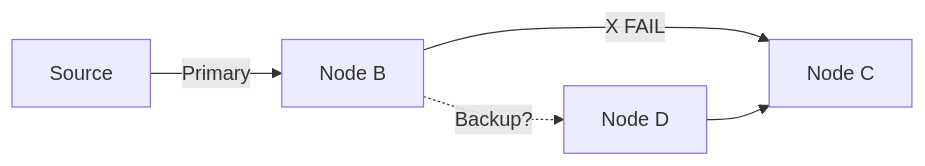
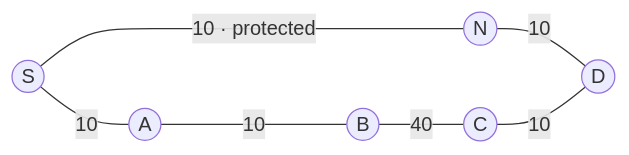
Before and after one commit to eldaninavas/srv6.md: the diagram in docs/topics/ti-lfa.md, drawn with Mermaid. The commit also changed other lines of this file and 2 other files, not shown here.

````diff
--- a/docs/topics/ti-lfa.md
+++ b/docs/topics/ti-lfa.md
@@ -20,7 +47,9 @@
 ```mermaid
 graph LR
-    A[Source] -->|Primary| B[Node B]
-    B -->|X FAIL| C[Node C]
-    B -.->|Backup?| D[Node D]
-    D --> C
+    S((S)) ---|10 · protected| N((N))
+    N ---|10| D((D))
+    S ---|10| A((A))
+    A ---|10| B((B))
+    B ---|40| C((C))
+    C ---|10| D
 ```
````
